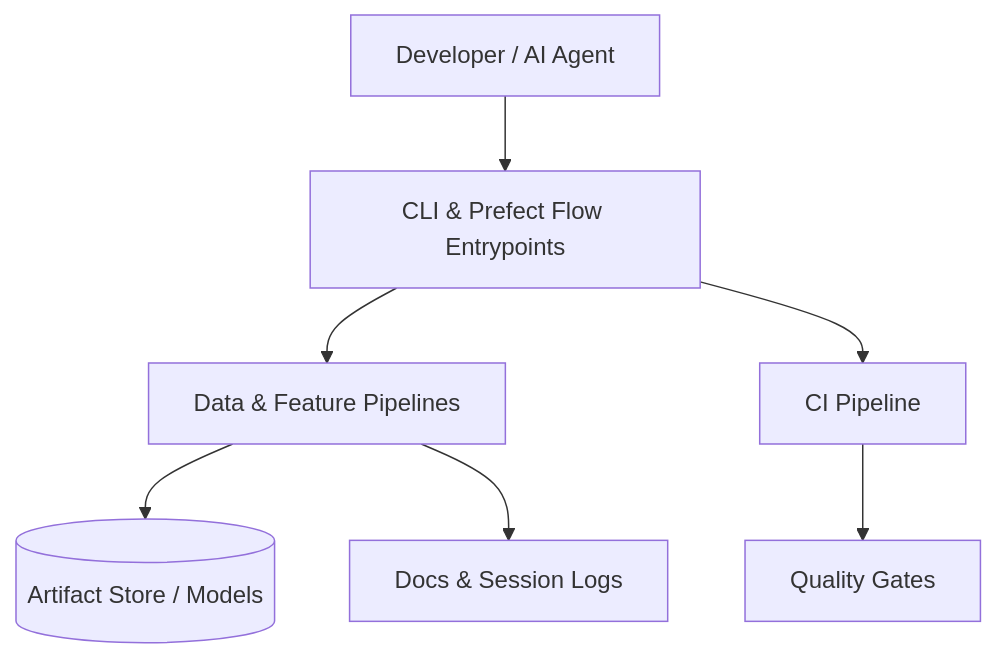
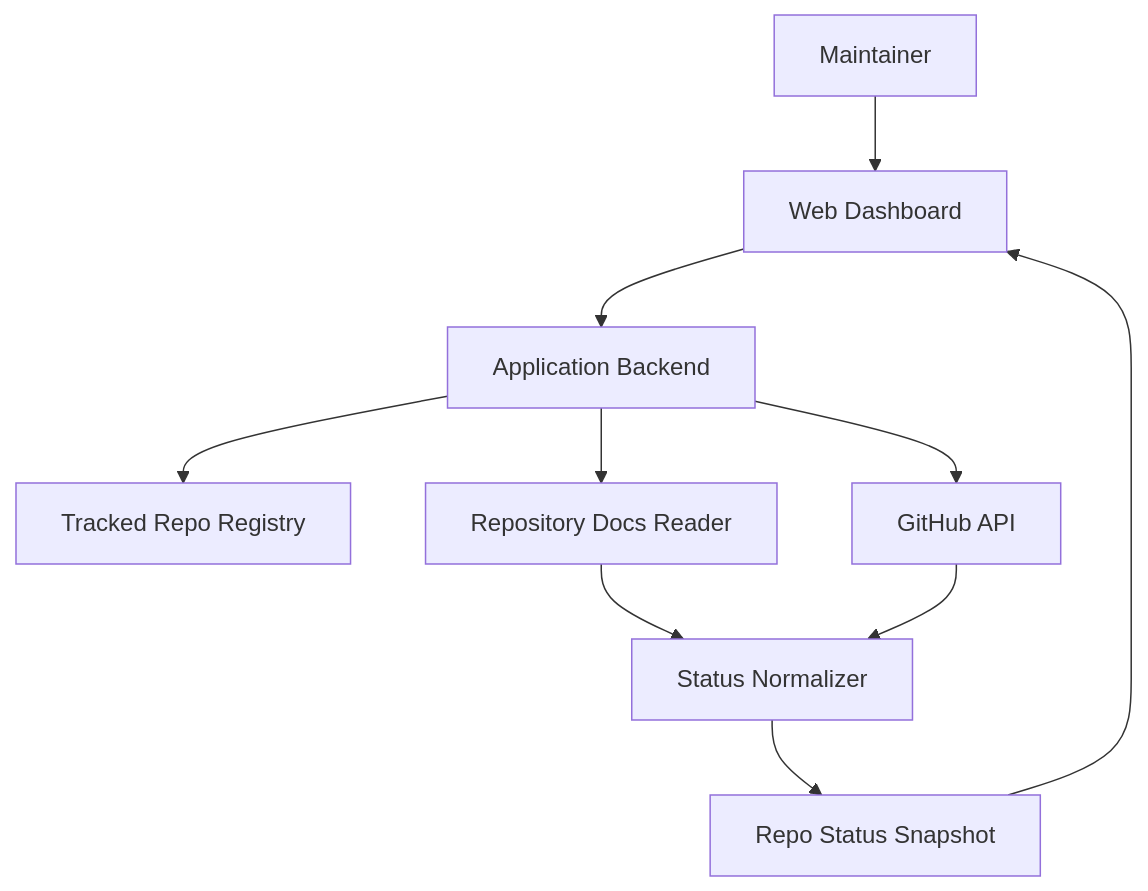
Before and after one commit to connorkitchings/project-manager: the diagram in docs/project_charter.md, drawn with Mermaid. The commit also changed other lines of this file and 33 other files, not shown here.

````diff
--- a/docs/project_charter.md
+++ b/docs/project_charter.md
@@ -82,9 +88,12 @@
 ```mermaid
 graph TD
-    Dev[Developer / AI Agent] --> CLI[CLI & Prefect Flow Entrypoints]
-    CLI --> PIPE[Data & Feature Pipelines]
-    PIPE --> ART[(Artifact Store / Models)]
-    PIPE --> DOCS[Docs & Session Logs]
-    CLI --> CI[CI Pipeline]
-    CI --> BADGE[Quality Gates]
+    U[Maintainer] --> W[Web Dashboard]
+    W --> A[Application Backend]
+    A --> R[Tracked Repo Registry]
+    A --> G[GitHub API]
+    A --> D[Repository Docs Reader]
+    D --> N[Status Normalizer]
+    G --> N
+    N --> S[Repo Status Snapshot]
+    S --> W
 ```
````
